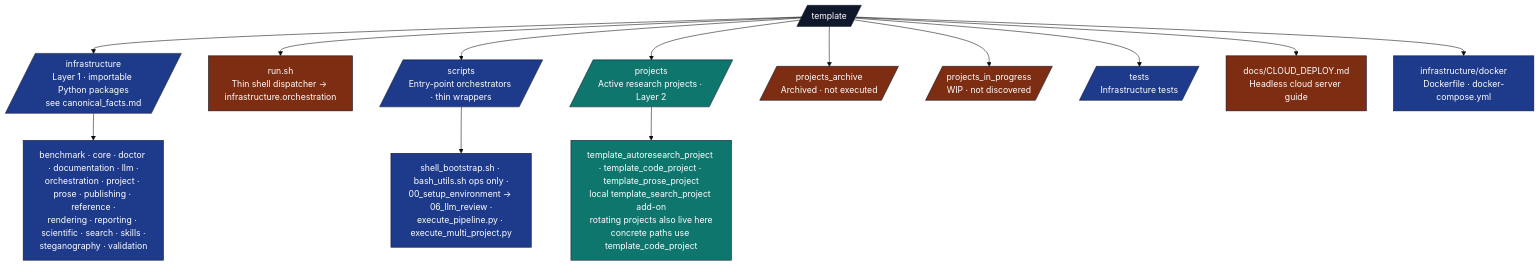
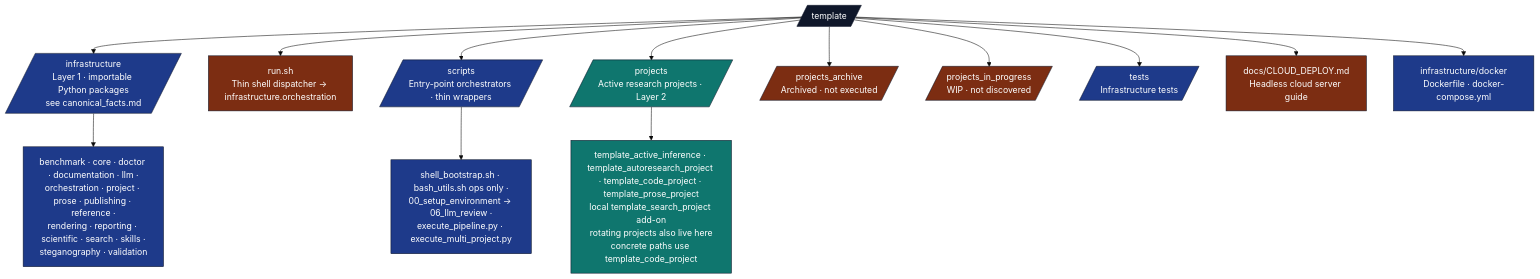
Before and after one commit to docxology/template: the diagram in docs/PAI.md, drawn with Mermaid (base theme). The commit also changed 580 other files, not shown here.

````diff
--- a/docs/PAI.md
+++ b/docs/PAI.md
@@ -69,28 +69,28 @@
 ```mermaid
 flowchart TB
     ROOT[/template/]
     ROOT --> INFRA[/infrastructure<br/>Layer 1 · importable Python packages<br/>see canonical_facts.md/]
     ROOT --> RUN[run.sh<br/>Thin shell dispatcher → infrastructure.orchestration]
     ROOT --> SCR[/scripts<br/>Entry-point orchestrators · thin wrappers/]
     ROOT --> PROJ[/projects<br/>Active research projects · Layer 2/]
     ROOT --> ARCH[/projects_archive<br/>Archived · not executed/]
     ROOT --> WIP[/projects_in_progress<br/>WIP · not discovered/]
     ROOT --> T[/tests<br/>Infrastructure tests/]
     ROOT --> DOCS[docs/CLOUD_DEPLOY.md<br/>Headless cloud server guide]
     ROOT --> DOCKER[infrastructure/docker<br/>Dockerfile · docker-compose.yml]
 
     INFRA --> INFRA_PKGS[benchmark · core · doctor · documentation · llm ·<br/>orchestration · project · prose · publishing · reference ·<br/>rendering · reporting · scientific · search · skills ·<br/>steganography · validation]
 
     SCR --> SCR_FILES[shell_bootstrap.sh · bash_utils.sh ops only ·<br/>00_setup_environment → 06_llm_review ·<br/>execute_pipeline.py · execute_multi_project.py]
 
-    PROJ --> PROJ_F["template_autoresearch_project · template_code_project · template_prose_project<br/>local template_search_project add-on<br/>rotating projects also live here<br/>concrete paths use template_code_project"]
+    PROJ --> PROJ_F["template_active_inference · template_autoresearch_project · template_code_project · template_prose_project<br/>local template_search_project add-on<br/>rotating projects also live here<br/>concrete paths use template_code_project"]
 
     classDef root fill:#0f172a,stroke:#0f172a,color:#fff
     classDef l1 fill:#1e3a8a,stroke:#0f172a,color:#fff
     classDef l2 fill:#0f766e,stroke:#0f172a,color:#fff
     classDef gen fill:#7c2d12,stroke:#0f172a,color:#fff
     class ROOT root
     class INFRA,SCR,T,DOCKER,INFRA_PKGS,SCR_FILES l1
     class PROJ,PROJ_F l2
     class ARCH,WIP,DOCS,RUN gen
 ```
````
